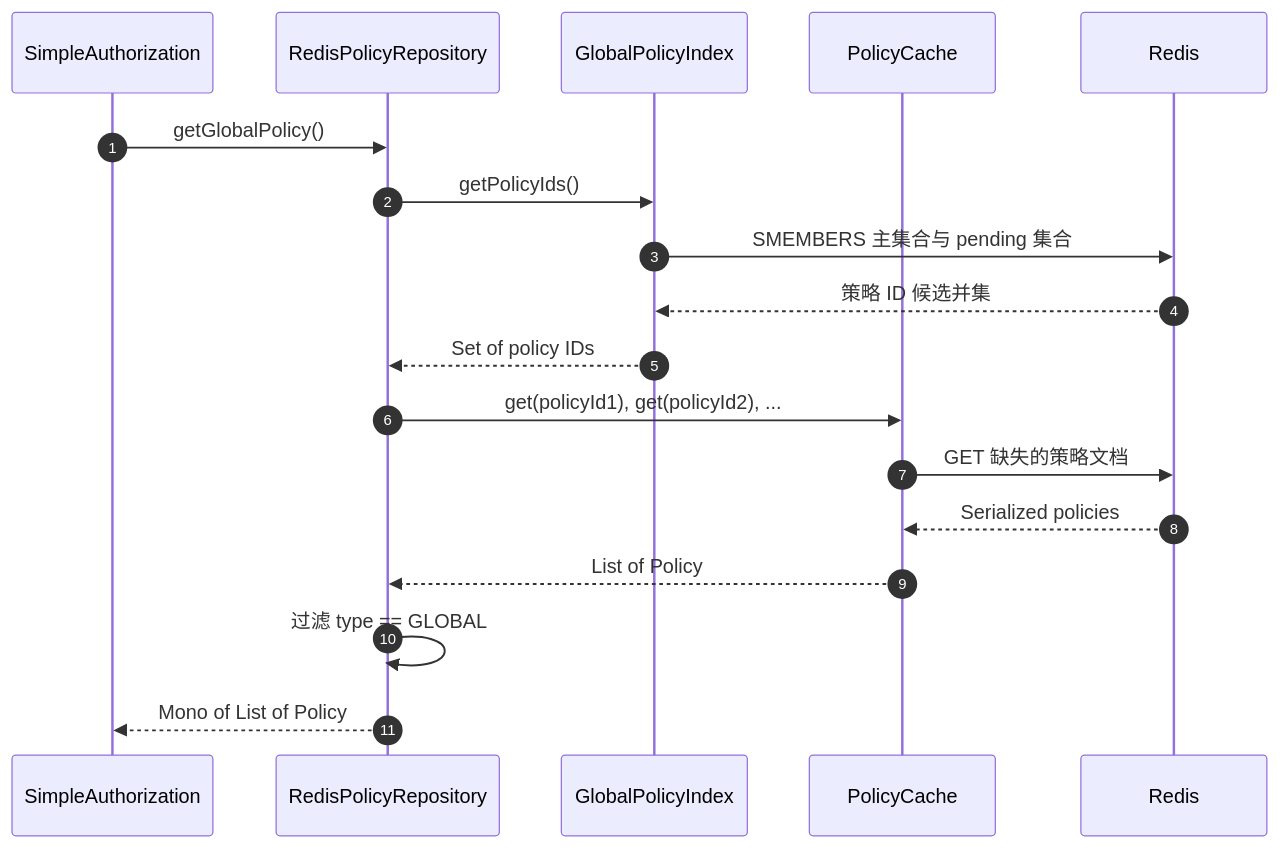
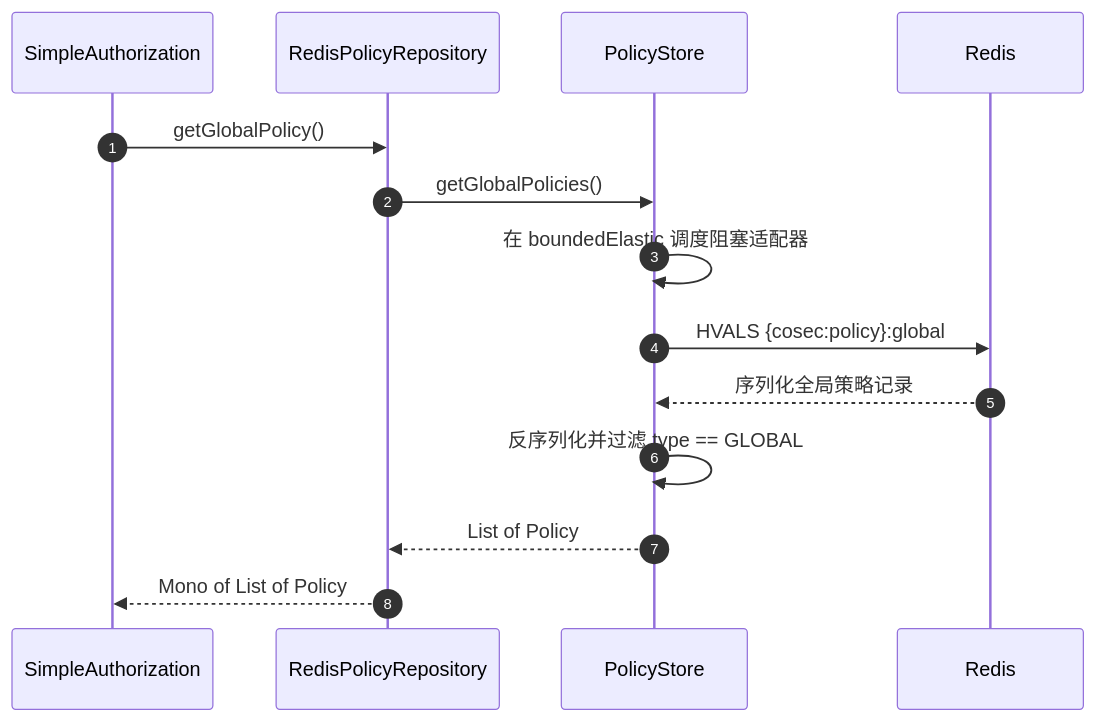
The second of 4 diagrams in wiki/zh/deep-dive/integrations/redis-caching.md (Ahoo-Wang/CoSec), drawn with Mermaid before and after one commit. The commit also changed other lines of this file and 26 other files, not shown here.

````diff
--- a/wiki/zh/deep-dive/integrations/redis-caching.md
+++ b/wiki/zh/deep-dive/integrations/redis-caching.md
@@ -55,24 +51,20 @@
 ```mermaid
 sequenceDiagram
     autonumber
     participant Auth as SimpleAuthorization
     participant Repo as RedisPolicyRepository
-    participant Index as GlobalPolicyIndex
-    participant PolicyCache as PolicyCache
+    participant Store as PolicyStore
     participant Redis
 
     Auth->>Repo: getGlobalPolicy()
-    Repo->>Index: getPolicyIds()
-    Index->>Redis: SMEMBERS 主集合与 pending 集合
-    Redis-->>Index: 策略 ID 候选并集
-    Index-->>Repo: Set of policy IDs
-    Repo->>PolicyCache: get(policyId1), get(policyId2), ...
-    PolicyCache->>Redis: GET 缺失的策略文档
-    Redis-->>PolicyCache: Serialized policies
-    PolicyCache-->>Repo: List of Policy
-    Repo->>Repo: 过滤 type == GLOBAL
+    Repo->>Store: getGlobalPolicies()
+    Store->>Store: 在 boundedElastic 调度阻塞适配器
+    Store->>Redis: HVALS {cosec:policy}:global
+    Redis-->>Store: 序列化全局策略记录
+    Store->>Store: 反序列化并过滤 type == GLOBAL
+    Store-->>Repo: List of Policy
     Repo-->>Auth: Mono of List of Policy
 
 
 
 ```
````
